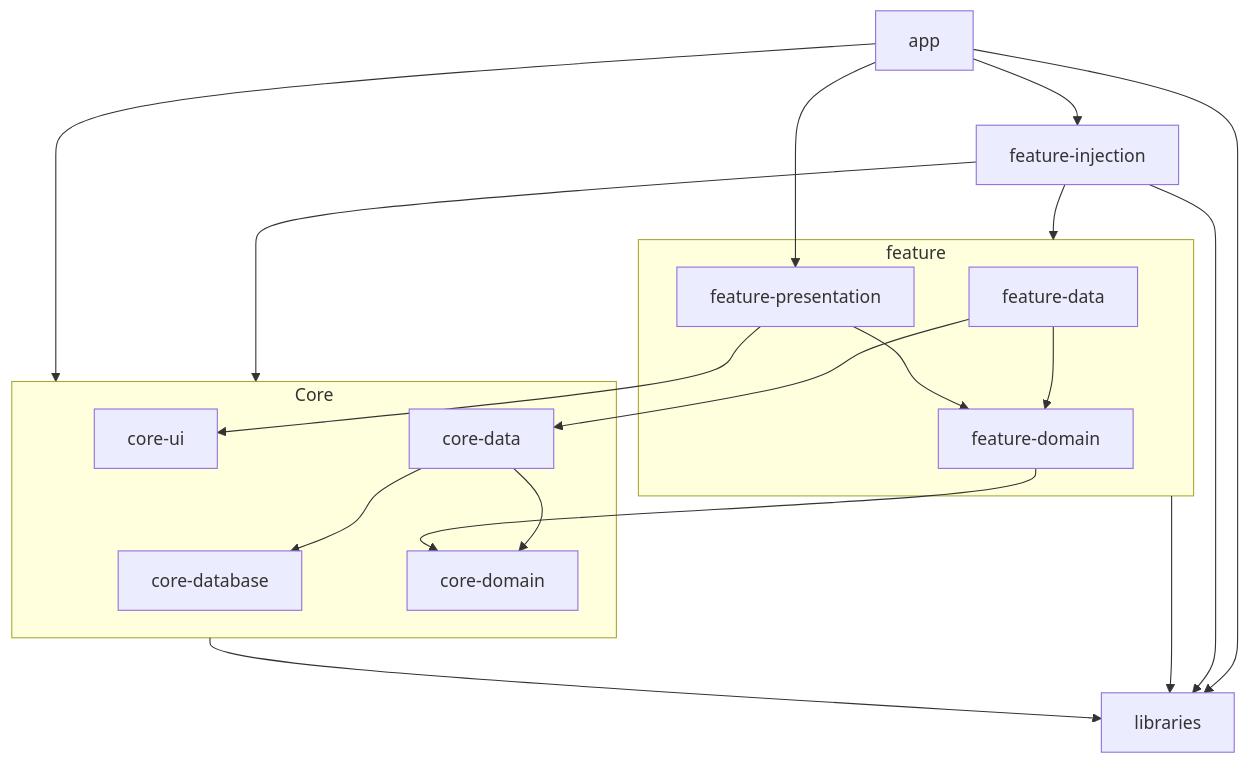
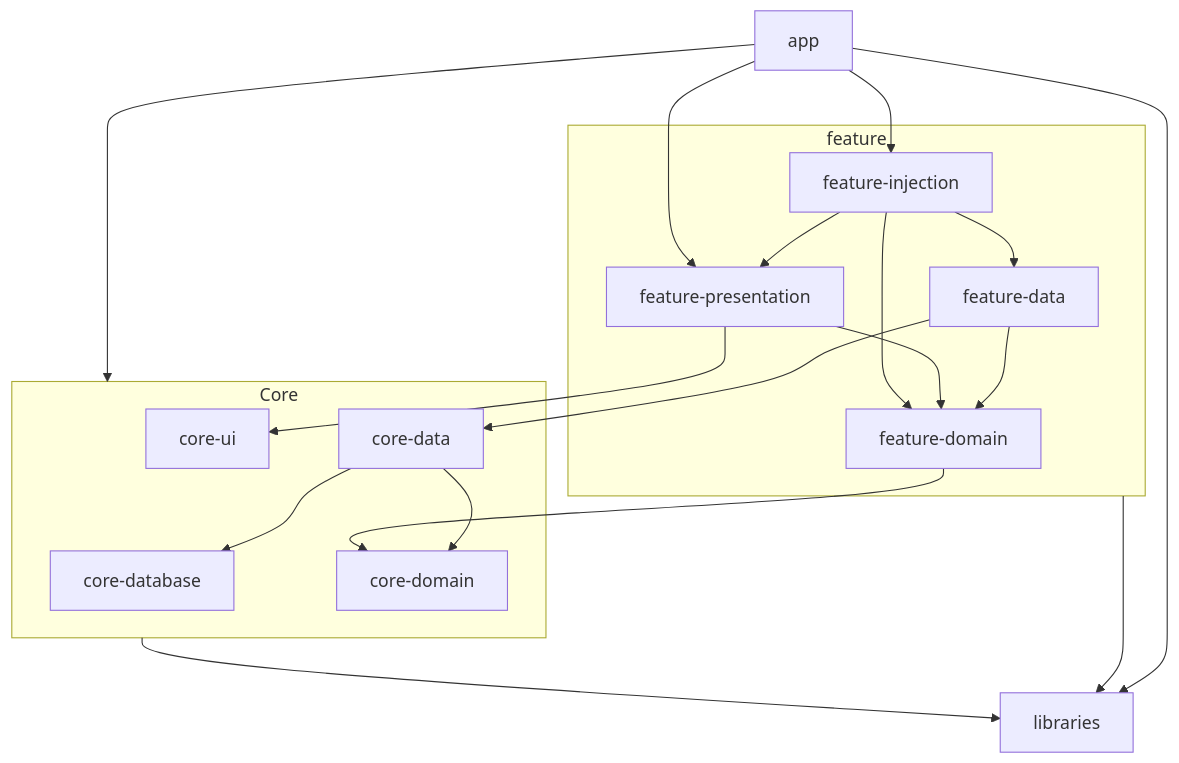
The diagram in README.md (mutkuensert/MovieDb-Light), drawn with Mermaid before and after one commit. The commit also changed other lines of this file and 12 other files, not shown here.

Commit message:
refactor: improve architecture

````diff
--- a/README.md
+++ b/README.md
@@ -32,47 +32,45 @@
 ```mermaid
 graph TD
 
     App[app]
-    Feature-injection[feature-injection]
     Libraries[libraries]
 
     subgraph Core[Core]
         C1[core-database]
         C2[core-data]
         C3[core-domain]
         C4[core-ui]
     end
 
     subgraph Feature[feature]
         F1[feature-data]
         F2[feature-domain]
         F3[feature-presentation]
+        F4[feature-injection]
     end
 
 %% Libraries module dependencies
     Feature --> Libraries
     Core --> Libraries
     App --> Libraries
 
 %% Core module dependencies
     C2 --> C1
     C2 --> C3
 
 %% Feature module dependencies
     F1 --> C2
     F2 --> C3
     F3 --> C4
     F1 --> F2
     F3 --> F2
-
-%% feature-injection dependencies
-    Feature-injection --> Core
-    Feature-injection --> Feature
-    Feature-injection --> Libraries
+    F4 --> F1
+    F4 --> F2
+    F4 --> F3
 
 %% App dependencies
     App --> Core
-    App --> Feature-injection
     App --> F3
+    App --> F4
 
 ```
````
